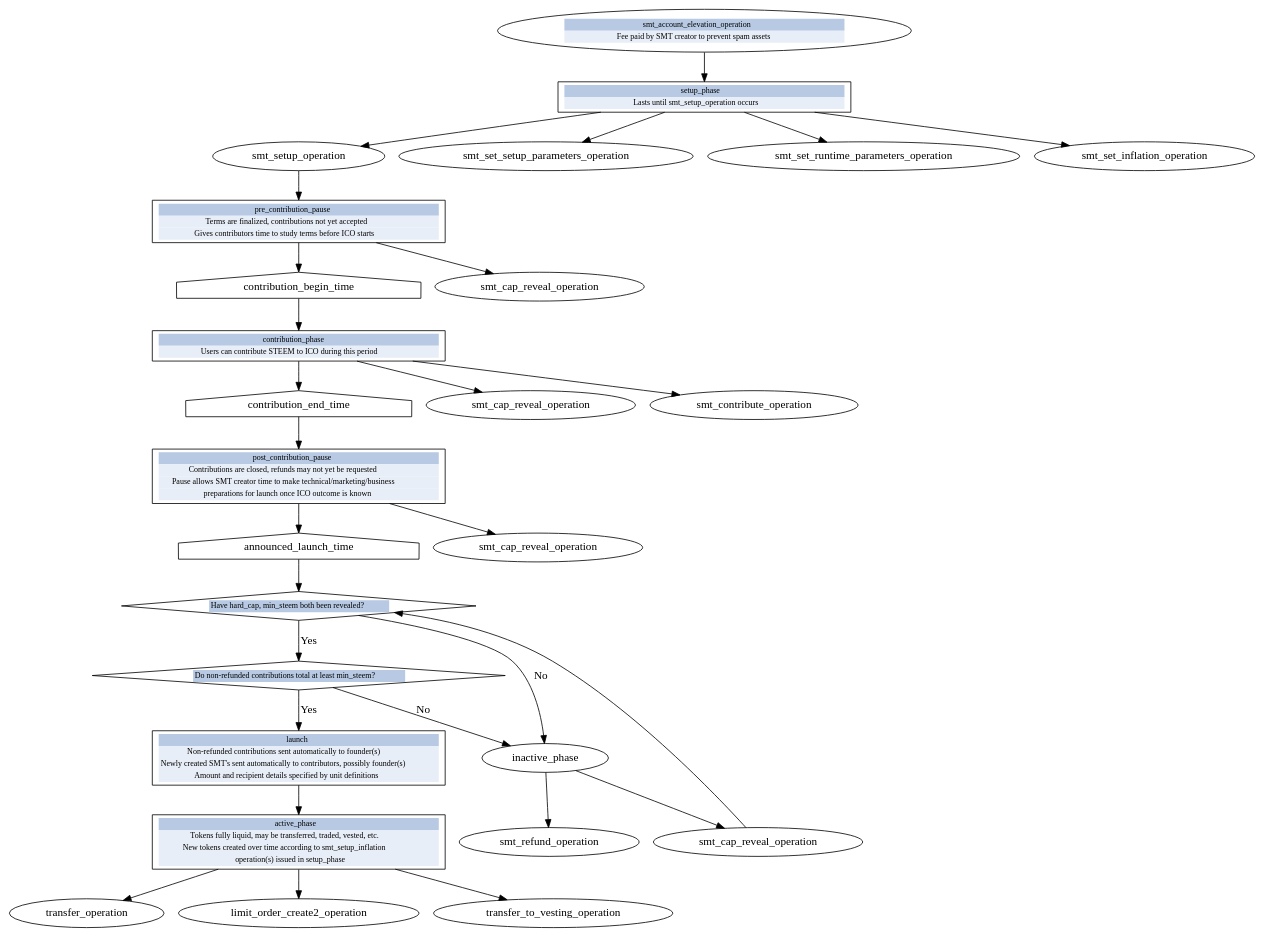
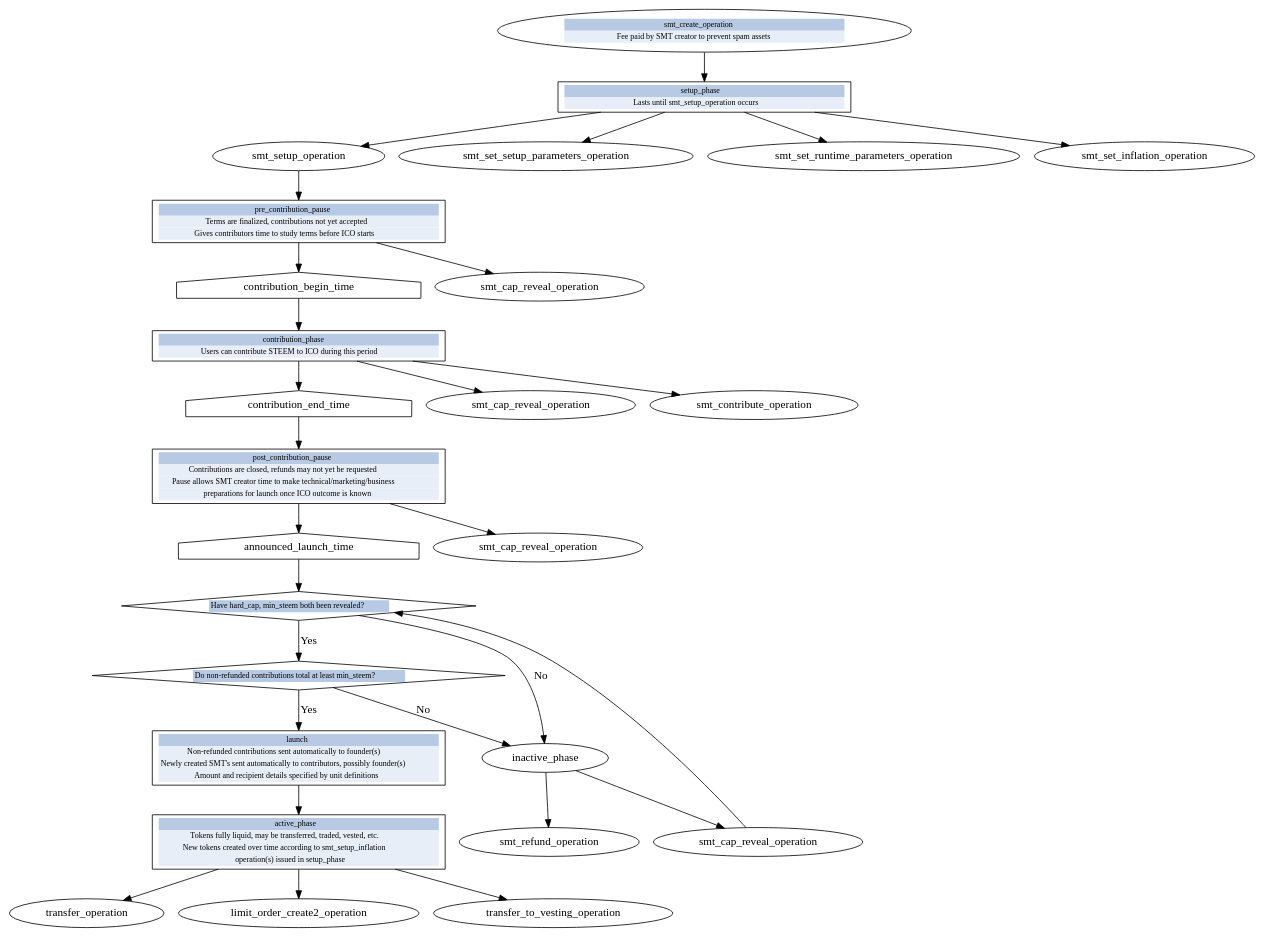
The diagram in smt-manual/timeline.dot (steemit/smt-whitepaper), drawn with Graphviz before and after one commit. The commit also changed 2 other files, not shown here.

Commit message:
Change smt_elevate_account_operation -> smt_create_operation #93

```diff
--- a/smt-manual/timeline.dot
+++ b/smt-manual/timeline.dot
@@ -1,162 +1,162 @@
 digraph {
    {
-      smt_account_elevation_operation[shape=ellipse group=mainline
+      smt_create_operation[shape=ellipse group=mainline
 		label=
 		<
 			<FONT POINT-SIZE="10" FACE="dialog">
 			<TABLE BORDER="0" CELLSPACING="0">
-			<TR><TD WIDTH="350" BGCOLOR="#b7c9e3">smt_account_elevation_operation</TD></TR>
+			<TR><TD WIDTH="350" BGCOLOR="#b7c9e3">smt_create_operation</TD></TR>
 			<TR><TD BGCOLOR="#e8eef7">Fee paid by SMT creator to prevent spam assets</TD></TR>
 			</TABLE>
 			</FONT>
 		>
       ]
 
       setup_phase[shape=rectangle group=mainline
 		label=
 		<
 			<FONT POINT-SIZE="10" FACE="dialog">
 			<TABLE BORDER="0" CELLSPACING="0">
 			<TR><TD WIDTH="350" BGCOLOR="#b7c9e3">setup_phase</TD></TR>
 			<TR><TD BGCOLOR="#e8eef7">Lasts until smt_setup_operation occurs</TD></TR>
 			</TABLE>
 			</FONT>
 		>
       ]
 
       pre_contribution_pause[shape=rectangle group=mainline
 		label=
 		<
 			<FONT POINT-SIZE="10" FACE="dialog">
 			<TABLE BORDER="0" CELLSPACING="0">
 			<TR><TD WIDTH="350" BGCOLOR="#b7c9e3">pre_contribution_pause</TD></TR>
 			<TR><TD BGCOLOR="#e8eef7">Terms are finalized, contributions not yet accepted</TD></TR>
 			<TR><TD BGCOLOR="#e8eef7">Gives contributors time to study terms before ICO starts</TD></TR>
 			</TABLE>
 			</FONT>
 		>
       ]
 
       contribution_begin_time[shape=house group=mainline]
 
       contribution_phase[shape=rectangle group=mainline
 		label=
 		<
 			<FONT POINT-SIZE="10" FACE="dialog">
 			<TABLE BORDER="0" CELLSPACING="0">
 			<TR><TD WIDTH="350" BGCOLOR="#b7c9e3">contribution_phase</TD></TR>
 			<TR><TD BGCOLOR="#e8eef7">Users can contribute STEEM to ICO during this period</TD></TR>
 			</TABLE>
 			</FONT>
 		>
       ]
 
       contribution_end_time[shape=house group=mainline]
 
       post_contribution_pause[shape=rectangle group=mainline
 		label=
 		<
 			<FONT POINT-SIZE="10" FACE="dialog">
 			<TABLE BORDER="0" CELLSPACING="0">
 			<TR><TD WIDTH="350" BGCOLOR="#b7c9e3">post_contribution_pause</TD></TR>
 			<TR><TD BGCOLOR="#e8eef7">Contributions are closed, refunds may not yet be requested</TD></TR>
 			<TR><TD BGCOLOR="#e8eef7">Pause allows SMT creator time to make technical/marketing/business</TD></TR>
                         <TR><TD BGCOLOR="#e8eef7">preparations for launch once ICO outcome is known</TD></TR>
 			</TABLE>
 			</FONT>
 		>
       ]
 
       announced_launch_time[shape=house group=mainline]
 
       cap_revealed[shape=diamond group=mainline
 		label=
 		<
 			<FONT POINT-SIZE="10" FACE="dialog">
 			<TABLE BORDER="0" CELLSPACING="0">
 			<TR><TD BGCOLOR="#b7c9e3">Have hard_cap, min_steem both been revealed?</TD></TR>
 			</TABLE>
 			</FONT>
 		>]
 
       sufficient_contributions[shape=diamond group=mainline
 		label=
 		<
 			<FONT POINT-SIZE="10" FACE="dialog">
 			<TABLE BORDER="0" CELLSPACING="0">
 			<TR><TD BGCOLOR="#b7c9e3">Do non-refunded contributions total at least min_steem?</TD></TR>
 			</TABLE>
 			</FONT>
 		>]
 
       launch[shape=rectangle group=mainline
 		label=
 		<
 			<FONT POINT-SIZE="10" FACE="dialog">
 			<TABLE BORDER="0" CELLSPACING="0">
 			<TR><TD WIDTH="350" BGCOLOR="#b7c9e3">launch</TD></TR>
 			<TR><TD BGCOLOR="#e8eef7">Non-refunded contributions sent automatically to founder(s)</TD></TR>
 			<TR><TD BGCOLOR="#e8eef7">Newly created SMT's sent automatically to contributors, possibly founder(s)</TD></TR>
                         <TR><TD BGCOLOR="#e8eef7">Amount and recipient details specified by unit definitions</TD></TR>
 			</TABLE>
 			</FONT>
 		>
       ]
 
       active_phase[shape=rectangle group=mainline
 		label=
 		<
 			<FONT POINT-SIZE="10" FACE="dialog">
 			<TABLE BORDER="0" CELLSPACING="0">
 			<TR><TD WIDTH="350" BGCOLOR="#b7c9e3">active_phase</TD></TR>
 			<TR><TD BGCOLOR="#e8eef7">Tokens fully liquid, may be transferred, traded, vested, etc.</TD></TR>
 			<TR><TD BGCOLOR="#e8eef7">New tokens created over time according to smt_setup_inflation</TD></TR>
                         <TR><TD BGCOLOR="#e8eef7">operation(s) issued in setup_phase</TD></TR>
 			</TABLE>
 			</FONT>
 		>
       ]
 
       smt_setup_operation[shape=ellipse]
 
       smt_cap_reveal_operation_1[shape=ellipse label=smt_cap_reveal_operation]
       smt_cap_reveal_operation_2[shape=ellipse label=smt_cap_reveal_operation]
       smt_cap_reveal_operation_3[shape=ellipse label=smt_cap_reveal_operation]
       smt_cap_reveal_operation_4[shape=ellipse label=smt_cap_reveal_operation]
 
       smt_refund_operation[shape=ellipse]
    }
 
-   smt_account_elevation_operation -> setup_phase;
+   smt_create_operation -> setup_phase;
    setup_phase -> smt_setup_operation;
    smt_setup_operation -> pre_contribution_pause;
    pre_contribution_pause -> contribution_begin_time;
    contribution_begin_time -> contribution_phase;
    contribution_phase -> contribution_end_time;
    contribution_end_time -> post_contribution_pause;
    post_contribution_pause -> announced_launch_time;
    announced_launch_time -> cap_revealed;
    cap_revealed -> sufficient_contributions [label="Yes"];
    sufficient_contributions -> launch [label="Yes"];
    sufficient_contributions -> inactive_phase [label="No"];
    cap_revealed -> inactive_phase [label="No"];
    launch -> active_phase;
 
    inactive_phase -> smt_cap_reveal_operation_4;
    inactive_phase -> smt_refund_operation;
    smt_cap_reveal_operation_4 -> cap_revealed;
 
    setup_phase -> smt_set_setup_parameters_operation;
    setup_phase -> smt_set_runtime_parameters_operation;
    setup_phase -> smt_set_inflation_operation;
 
    pre_contribution_pause -> smt_cap_reveal_operation_1;
    contribution_phase -> smt_cap_reveal_operation_2;
    post_contribution_pause -> smt_cap_reveal_operation_3;
 
    contribution_phase -> smt_contribute_operation;
 
    active_phase -> transfer_operation;
    active_phase -> limit_order_create2_operation;
    active_phase -> transfer_to_vesting_operation;
 }
```
